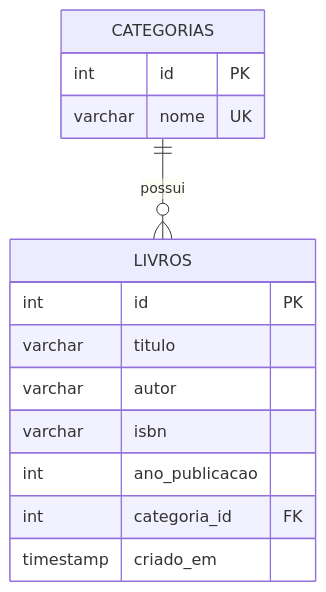
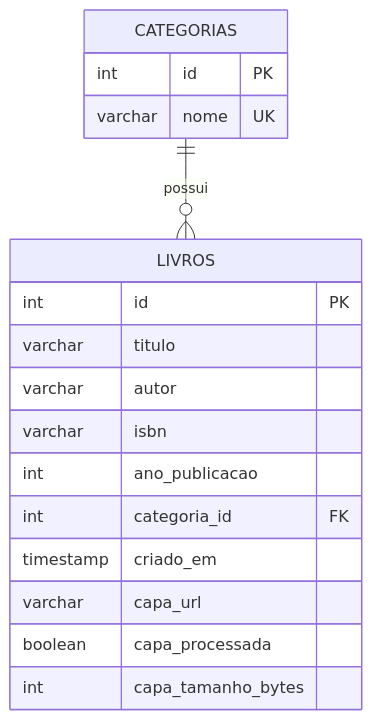
Before and after one commit to levig-0/p2_servico_em_nuvem: the second of 2 diagrams in specs/design.md, drawn with Mermaid. The commit also changed other lines of this file and 18 other files, not shown here.

````diff
--- a/specs/design.md
+++ b/specs/design.md
@@ -43,17 +43,20 @@
 ```mermaid
 erDiagram
   CATEGORIAS ||--o{ LIVROS : possui
   CATEGORIAS {
     int id PK
     varchar nome UK
   }
   LIVROS {
     int id PK
     varchar titulo
     varchar autor
     varchar isbn
     int ano_publicacao
     int categoria_id FK
     timestamp criado_em
+    varchar capa_url
+    boolean capa_processada
+    int capa_tamanho_bytes
   }
 ```
````
